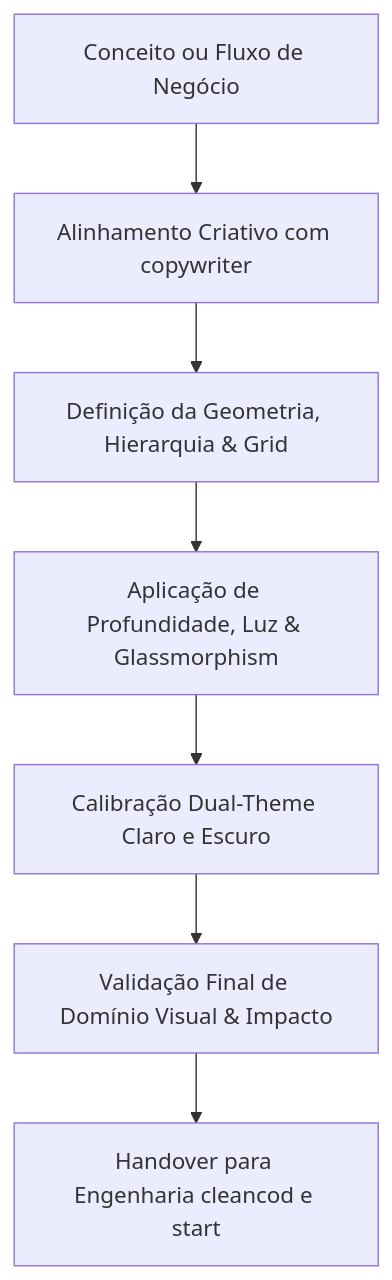
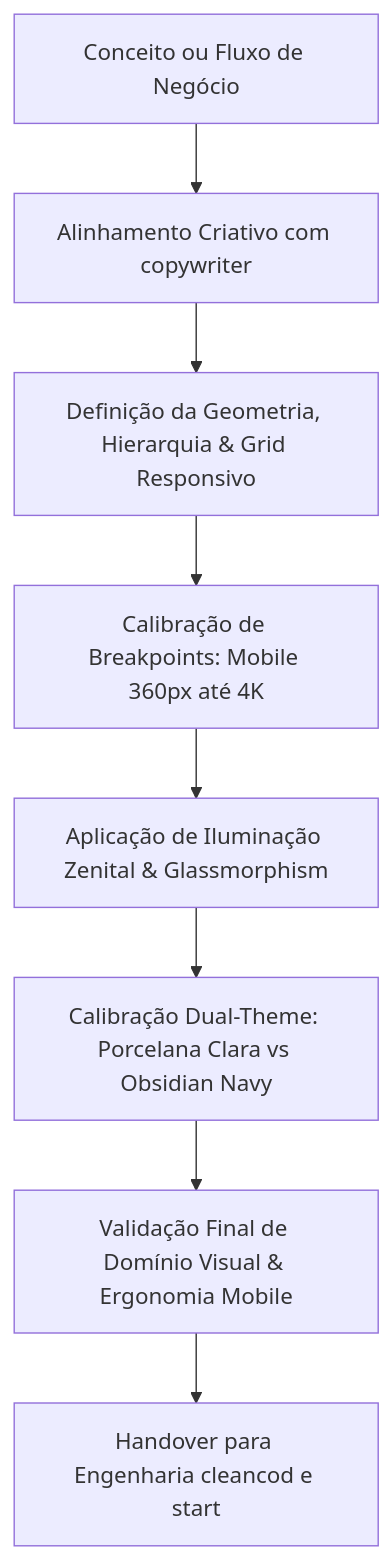
Before and after one commit to Mauthope/lean-flow-system: the first of 2 diagrams in agents/designer.md, drawn with Mermaid. The commit also changed other lines of this file and 18 other files, not shown here.

````diff
--- a/agents/designer.md
+++ b/agents/designer.md
@@ -18,9 +24,10 @@
 ```mermaid
 flowchart TD
     A[Conceito ou Fluxo de Negócio] --> B[Alinhamento Criativo com copywriter]
-    B --> C[Definição da Geometria, Hierarquia & Grid]
-    C --> D[Aplicação de Profundidade, Luz & Glassmorphism]
-    D --> E[Calibração Dual-Theme Claro e Escuro]
-    E --> F[Validação Final de Domínio Visual & Impacto]
-    F --> G[Handover para Engenharia cleancod e start]
+    B --> C[Definição da Geometria, Hierarquia & Grid Responsivo]
+    C --> D[Calibração de Breakpoints: Mobile 360px até 4K]
+    D --> E[Aplicação de Iluminação Zenital & Glassmorphism]
+    E --> F[Calibração Dual-Theme: Porcelana Clara vs Obsidian Navy]
+    F --> G[Validação Final de Domínio Visual & Ergonomia Mobile]
+    G --> H[Handover para Engenharia cleancod e start]
 ```
````
